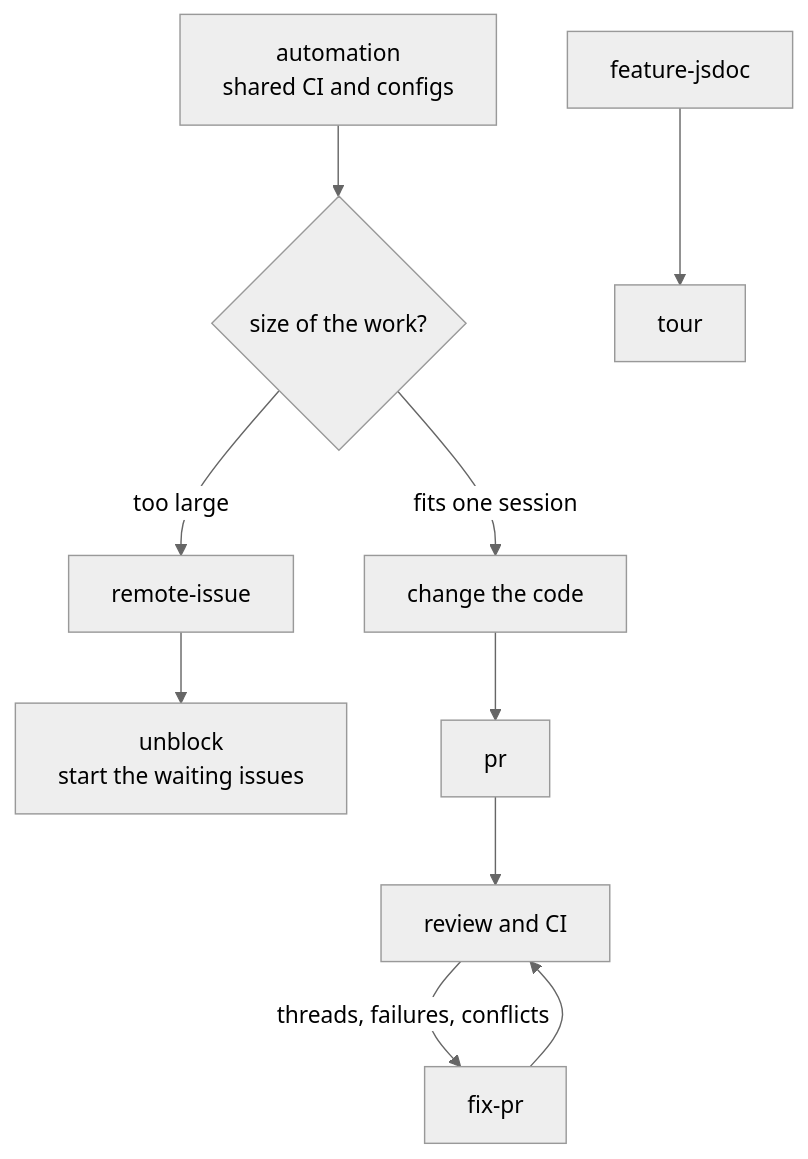
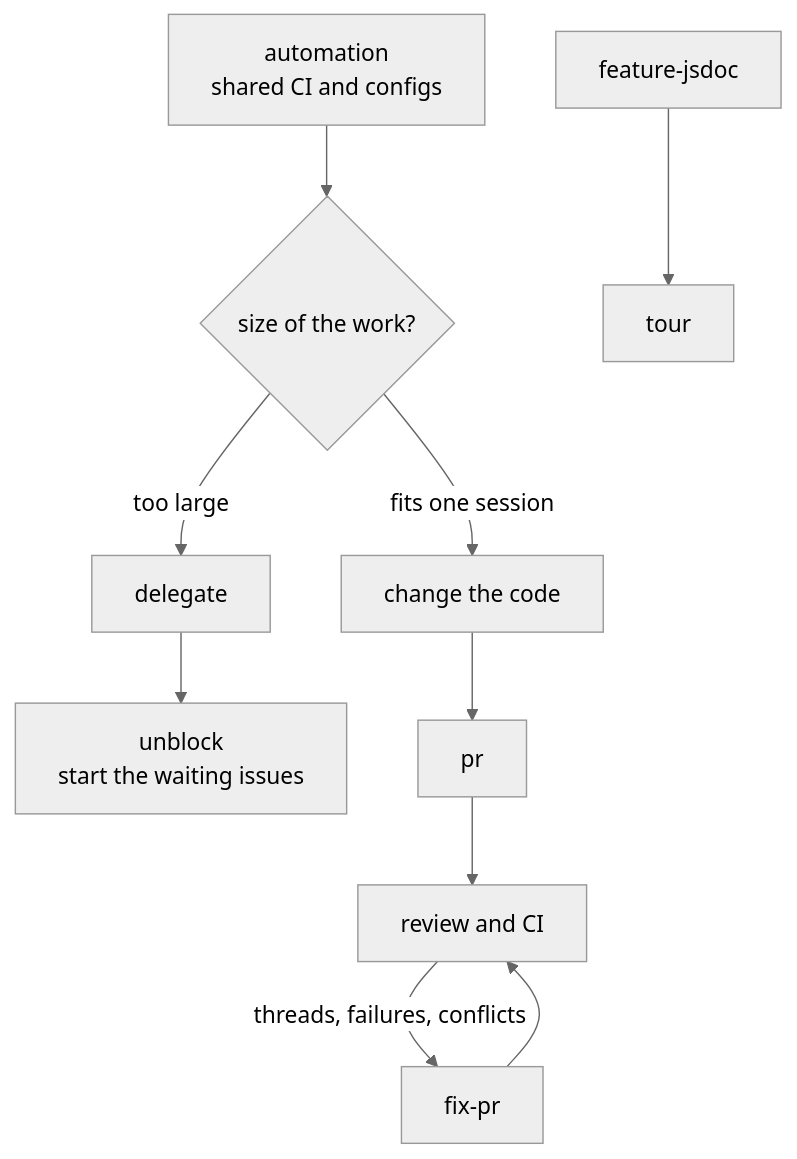
Before and after one commit to omni-stove/skill-kit: the diagram in domains/code/README.md, drawn with Mermaid (neutral theme). The commit also changed other lines of this file and 21 other files, not shown here.

First line of the commit message:
Rename remote-issue to delegate: the skill hands work to the remote issue worker, and the old noun-only name read as handling issues on a remote; the skill directory, its script paths in SKILL.md and prompts, the READMEs, and the comments that named it follow

````diff
--- a/domains/code/README.md
+++ b/domains/code/README.md
@@ -9,13 +9,13 @@
 ```mermaid
 flowchart TD
   automation[automation<br/>shared CI and configs] --> work
   jsdoc[feature-jsdoc] --> tour[tour]
   work{size of the work?}
   work -- "fits one session" --> change[change the code]
-  work -- "too large" --> issue[remote-issue]
+  work -- "too large" --> issue[delegate]
   issue --> unblock[unblock<br/>start the waiting issues]
   change --> pr[pr]
   pr --> review[review and CI]
   review -- "threads, failures, conflicts" --> fixpr[fix-pr]
   fixpr --> review
 ```
````
